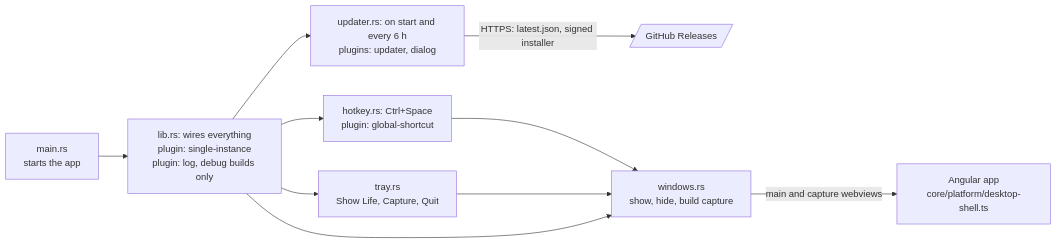
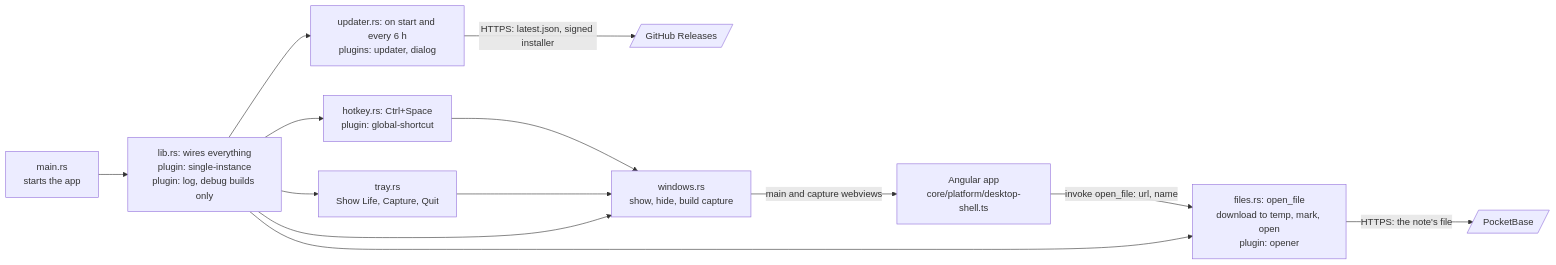
The diagram in docs/diagrams/03f-tauri-modules.md (valde222/life_app), drawn with Mermaid before and after one commit. The commit also changed other lines of this file and 11 other files, not shown here.

Commit message:
feat(desktop): open_file downloads a note's file to a temp folder, marks it as from the internet and opens it in its default app (R31)

````diff
--- a/docs/diagrams/03f-tauri-modules.md
+++ b/docs/diagrams/03f-tauri-modules.md
@@ -5,12 +5,15 @@
 ```mermaid
 flowchart LR
   main["main.rs<br/>starts the app"] --> lib["lib.rs: wires everything<br/>plugin: single-instance<br/>plugin: log, debug builds only"]
   lib --> hotkey["hotkey.rs: Ctrl+Space<br/>plugin: global-shortcut"]
   lib --> tray["tray.rs<br/>Show Life, Capture, Quit"]
   lib --> updater["updater.rs: on start and every 6 h<br/>plugins: updater, dialog"]
   updater -- "HTTPS: latest.json, signed installer" --> gh[/"GitHub Releases"/]
   hotkey --> windows["windows.rs<br/>show, hide, build capture"]
   tray --> windows
   lib --> windows
   windows -- "main and capture webviews" --> angular["Angular app<br/>core/platform/desktop-shell.ts"]
+  angular -- "invoke open_file: url, name" --> files["files.rs: open_file<br/>download to temp, mark, open<br/>plugin: opener"]
+  lib --> files
+  files -- "HTTPS: the note's file" --> pb[/"PocketBase"/]
 ```
````
